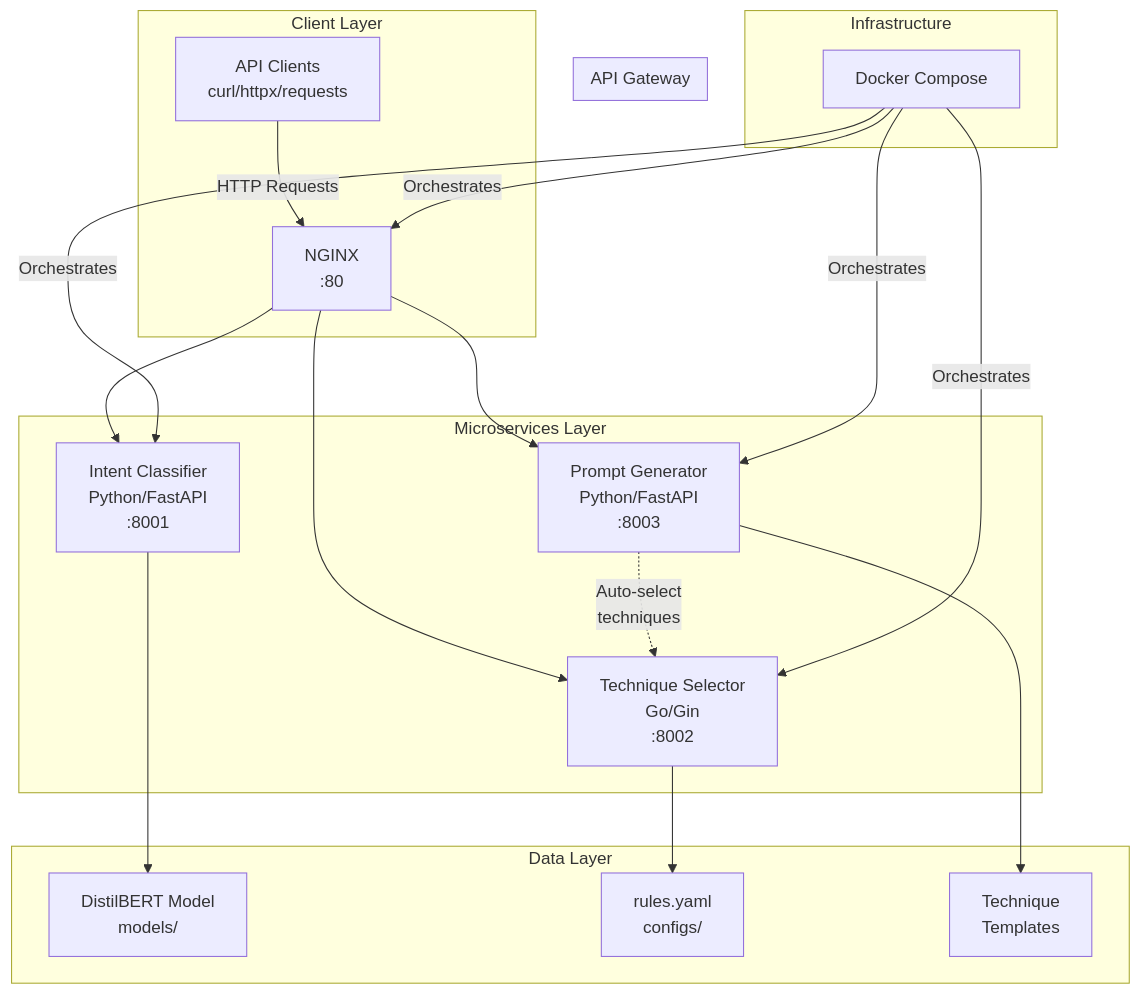
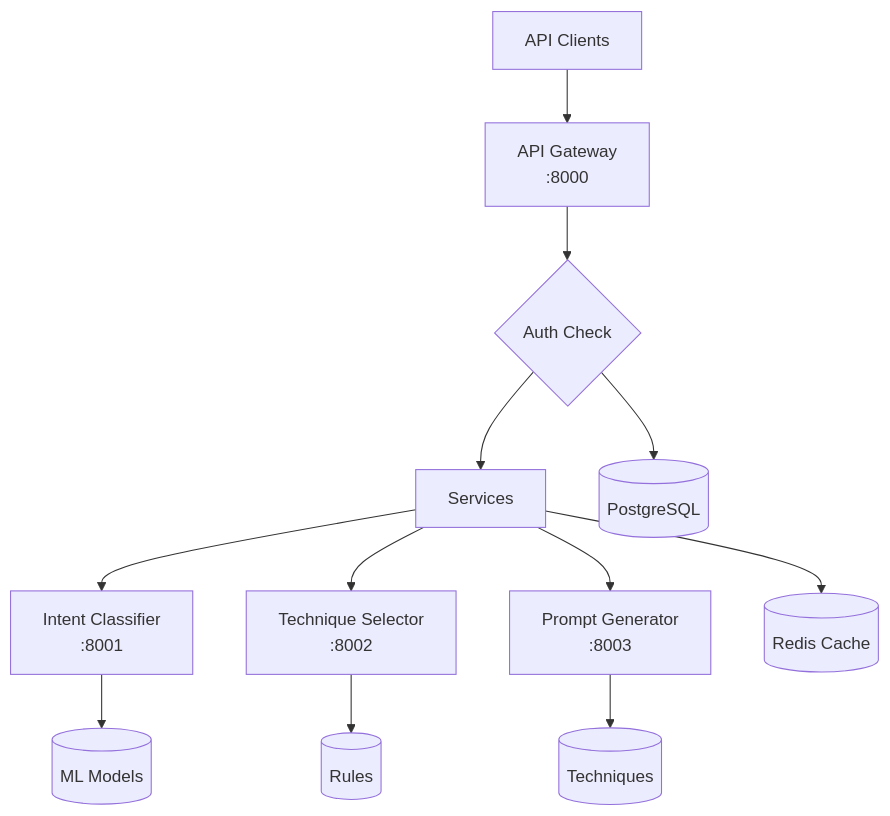
The first of 3 diagrams in docs/ARCHITECTURE_v1.md (T-W-M-B-W-C/BetterPrompts), drawn with Mermaid before and after one commit. The commit also changed other lines of this file and 187 other files, not shown here.

````diff
--- a/docs/ARCHITECTURE_v1.md
+++ b/docs/ARCHITECTURE_v1.md
@@ -5,33 +5,18 @@
 ```mermaid
 graph TB
-    subgraph "Client Layer"
-        CLIENT[API Clients<br/>curl/httpx/requests]
-        CLIENT --> |HTTP Requests| NGINX
-    end
+    CLIENT[API Clients] --> GATEWAY[API Gateway<br/>:8000]
     
-    subgraph "API Gateway"
-        NGINX[NGINX<br/>:80]
-    end
+    GATEWAY --> AUTH{Auth Check}
+    AUTH --> SERVICES[Services]
     
-    subgraph "Microservices Layer"
-        NGINX --> IC[Intent Classifier<br/>Python/FastAPI<br/>:8001]
-        NGINX --> TS[Technique Selector<br/>Go/Gin<br/>:8002]
-        NGINX --> PG[Prompt Generator<br/>Python/FastAPI<br/>:8003]
-        
-        PG -.->|Auto-select<br/>techniques| TS
-    end
+    SERVICES --> IC[Intent Classifier<br/>:8001]
+    SERVICES --> TS[Technique Selector<br/>:8002]
+    SERVICES --> PG[Prompt Generator<br/>:8003]
     
-    subgraph "Data Layer"
-        IC --> ML[DistilBERT Model<br/>models/]
-        TS --> RULES[rules.yaml<br/>configs/]
-        PG --> TECH[Technique<br/>Templates]
-    end
+    IC --> ML[(ML Models)]
+    TS --> RULES[(Rules)]
+    PG --> TECH[(Techniques)]
     
-    subgraph "Infrastructure"
-        DOCKER[Docker Compose]
-        DOCKER --> |Orchestrates| NGINX
-        DOCKER --> |Orchestrates| IC
-        DOCKER --> |Orchestrates| TS
-        DOCKER --> |Orchestrates| PG
-    end
+    AUTH --> DB[(PostgreSQL)]
+    SERVICES --> REDIS[(Redis Cache)]
 ```
````
